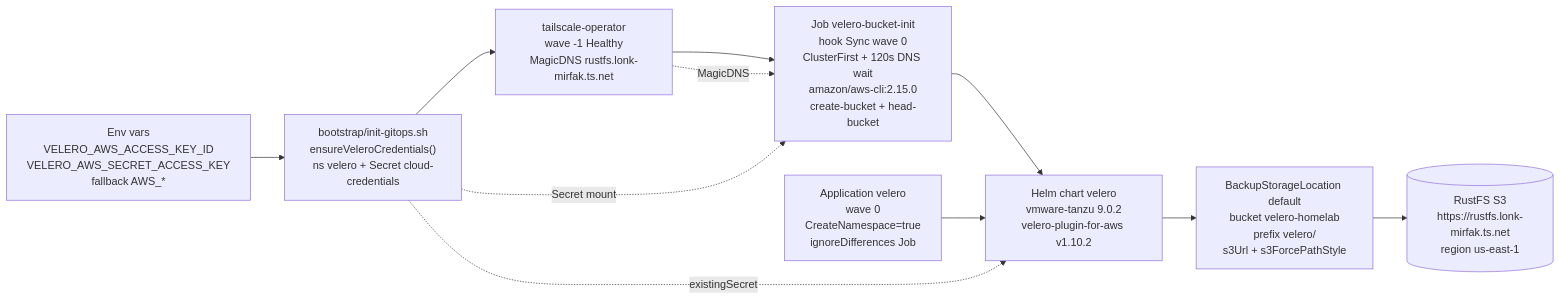
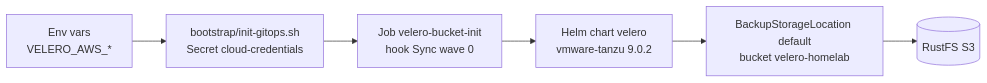
Before and after one commit to Seom88/secured-gitops-tailscale-homelab: the diagram in platform/velero/README.md, drawn with Mermaid. The commit also changed other lines of this file and 2 other files, not shown here.

Commit message:
docs(velero): trim to portfolio-ready version

````diff
--- a/platform/velero/README.md
+++ b/platform/velero/README.md
@@ -33,17 +23,8 @@
 ```mermaid
 flowchart LR
-    ENV["Env vars<br/>VELERO_AWS_ACCESS_KEY_ID<br/>VELERO_AWS_SECRET_ACCESS_KEY<br/>fallback AWS_*"]
-    TAILSCALE["tailscale-operator<br/>wave -1 Healthy<br/>MagicDNS rustfs.lonk-mirfak.ts.net"]
-    BOOT["bootstrap/init-gitops.sh<br/>ensureVeleroCredentials()<br/>ns velero + Secret cloud-credentials"]
-    JOB["Job velero-bucket-init<br/>hook Sync wave 0<br/>ClusterFirst + 120s DNS wait<br/>amazon/aws-cli:2.15.0<br/>create-bucket + head-bucket"]
-    APP["Application velero<br/>wave 0<br/>CreateNamespace=true<br/>ignoreDifferences Job"]
-    CHART["Helm chart velero<br/>vmware-tanzu 9.0.2<br/>velero-plugin-for-aws v1.10.2"]
-    BSL["BackupStorageLocation default<br/>bucket velero-homelab<br/>prefix velero/<br/>s3Url + s3ForcePathStyle"]
-    RUSTFS[("RustFS S3<br/>https://rustfs.lonk-mirfak.ts.net<br/>region us-east-1")]
-
-    ENV --> BOOT --> TAILSCALE --> JOB --> CHART --> BSL --> RUSTFS
-    TAILSCALE -. MagicDNS .-> JOB
-    APP --> CHART
-    BOOT -. Secret mount .-> JOB
-    BOOT -. existingSecret .-> CHART
+    ENV["Env vars<br/>VELERO_AWS_*"] --> BOOT["bootstrap/init-gitops.sh<br/>Secret cloud-credentials"]
+    BOOT --> JOB["Job velero-bucket-init<br/>hook Sync wave 0"]
+    JOB --> CHART["Helm chart velero<br/>vmware-tanzu 9.0.2"]
+    CHART --> BSL["BackupStorageLocation default<br/>bucket velero-homelab"]
+    BSL --> RUSTFS[("RustFS S3")]
 ```
````
